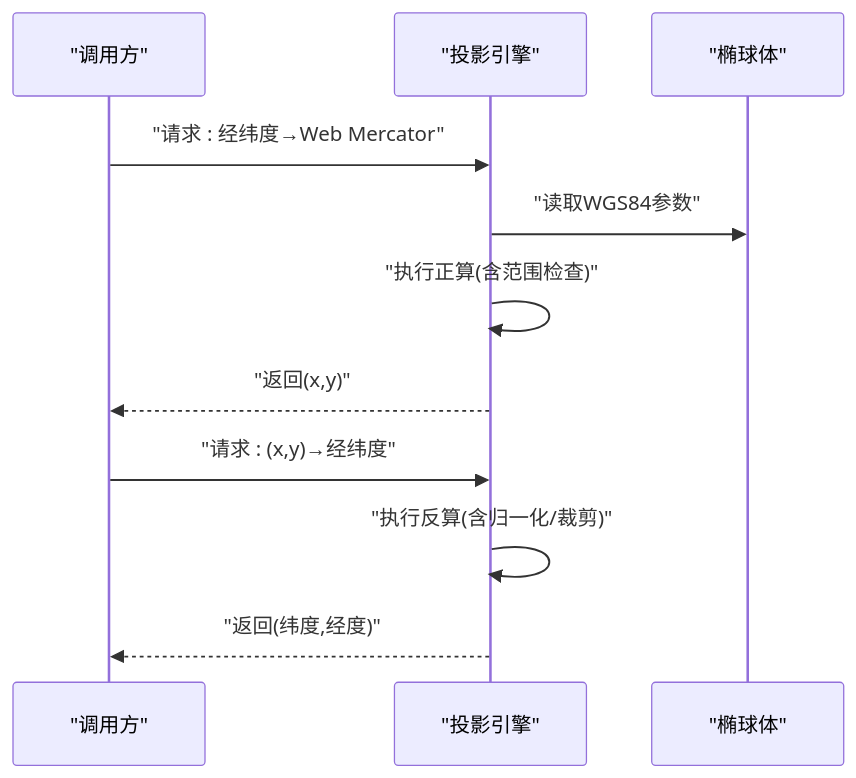
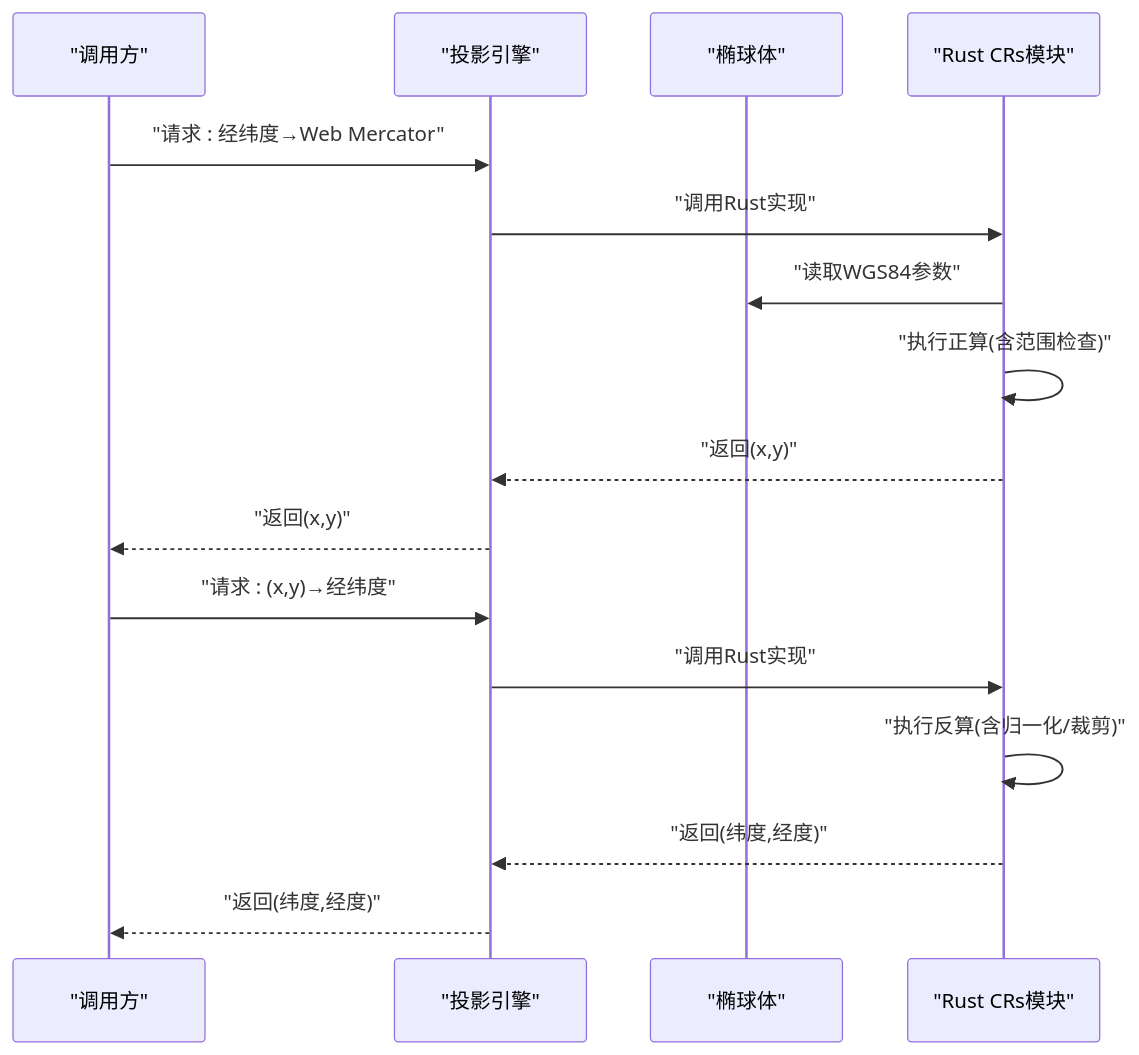
Before and after one commit to rzhangjing/cesium: the fifth of 7 diagrams in .qoder/repowiki/zh/content/项目概述/核心特性/地理空间数据处理/投影变换.md, drawn with Mermaid. The commit also changed other lines of this file and 74 other files, not shown here.

````diff
--- a/.qoder/repowiki/zh/content/项目概述/核心特性/地理空间数据处理/投影变换.md
+++ b/.qoder/repowiki/zh/content/项目概述/核心特性/地理空间数据处理/投影变换.md
@@ -174,13 +204,18 @@
 ```mermaid
 sequenceDiagram
 participant U as "调用方"
 participant P as "投影引擎"
 participant E as "椭球体"
+participant R as "Rust CRs模块"
 U->>P : "请求 : 经纬度→Web Mercator"
-P->>E : "读取WGS84参数"
-P->>P : "执行正算(含范围检查)"
+P->>R : "调用Rust实现"
+R->>E : "读取WGS84参数"
+R->>R : "执行正算(含范围检查)"
+R-->>P : "返回(x,y)"
 P-->>U : "返回(x,y)"
 U->>P : "请求 : (x,y)→经纬度"
-P->>P : "执行反算(含归一化/裁剪)"
+P->>R : "调用Rust实现"
+R->>R : "执行反算(含归一化/裁剪)"
+R-->>P : "返回(纬度,经度)"
 P-->>U : "返回(纬度,经度)"
 ```
````
